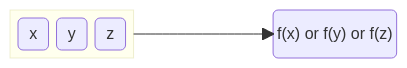
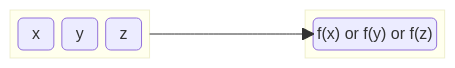
The tenth of 11 diagrams in apps/blog/pages/docs/js/array.mdx (wdyjwdy/blog-mono), drawn with Mermaid before and after one commit. The commit also changed other lines of this file, not shown here.

````diff
--- a/apps/blog/pages/docs/js/array.mdx
+++ b/apps/blog/pages/docs/js/array.mdx
@@ -315,11 +394,14 @@
 ```mermaid
 block-beta
-  columns 4
+  columns 3
   block:b1
    x("x") y("y") z("z")
   end
   space
-  a("f(x) or f(y) or f(z)")
+  block:b2
+   a("f(x) or f(y) or f(z)")
+  end
 b1 --> a
 class b1 Line
+class b2 Text
 ```
````
